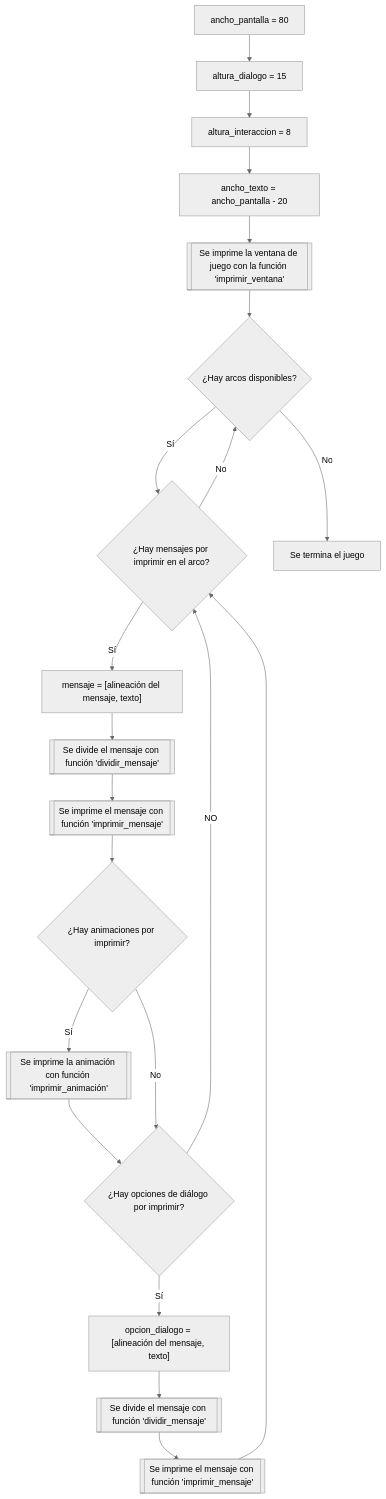
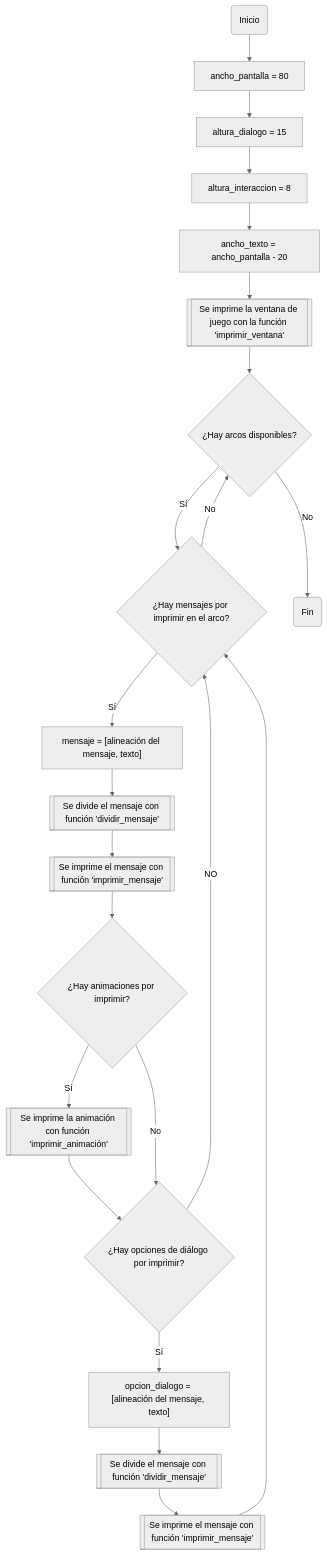
Before and after one commit to JuanJoToAl/Juego---Los_vivos_mienten: the diagram in README.md, drawn with Mermaid (neutral theme).

Commit message:
Diagrama de flujo

````diff
--- a/README.md
+++ b/README.md
@@ -5,24 +5,24 @@
 ```mermaid
 flowchart TD
-    A[ancho_pantalla = 80] -->B[altura_dialogo = 15]
-    B --> C[altura_interaccion = 8]
-    
-    C --> D[ancho_texto = ancho_pantalla - 20]
-    D --> E[["Se imprime la ventana de juego con la función 'imprimir_ventana'"]]
-    E --> F{¿Hay arcos disponibles?}
-    F -- Sí --> G{¿Hay mensajes por imprimir en el arco?}
-        G -- Sí --> I["mensaje = [alineación del mensaje, texto]"]
+    A(Inicio) --> B
+    B[ancho_pantalla = 80] -->C[altura_dialogo = 15]
+    C --> D[altura_interaccion = 8]
+    D --> E[ancho_texto = ancho_pantalla - 20]
+    E --> F[["Se imprime la ventana de juego con la función 'imprimir_ventana'"]]
+    F --> G{¿Hay arcos disponibles?}
+    G -- Sí --> H{¿Hay mensajes por imprimir en el arco?}
+        H -- Sí --> I["mensaje = [alineación del mensaje, texto]"]
             I --> J[["Se divide el mensaje con función 'dividir_mensaje'"]]
-            J--> K[["Se imprime el mensaje con función 'imprimir_mensaje'"]]
-            K--> L{¿Hay animaciones por imprimir?}
+            J --> K[["Se imprime el mensaje con función 'imprimir_mensaje'"]]
+            K --> L{¿Hay animaciones por imprimir?}
                 L -- Sí --> M[["Se imprime la animación con función 'imprimir_animación'"]]
                     M --> N{¿Hay opciones de diálogo por imprimir?}
                     N -- Sí --> O["opcion_dialogo = [alineación del mensaje, texto]"]
                         O --> P[["Se divide el mensaje con función 'dividir_mensaje'"]]
                         P --> Q[["Se imprime el mensaje con función 'imprimir_mensaje'"]]
-                        Q --> G
-                    N -- NO --> G
+                        Q --> H
+                    N -- NO --> H
                 L -- No --> N
-        G -- No --> F
-    F -- No --> H[Se termina el juego]
+        H -- No --> G
+    G -- No --> R(Fin)
 ```
````
